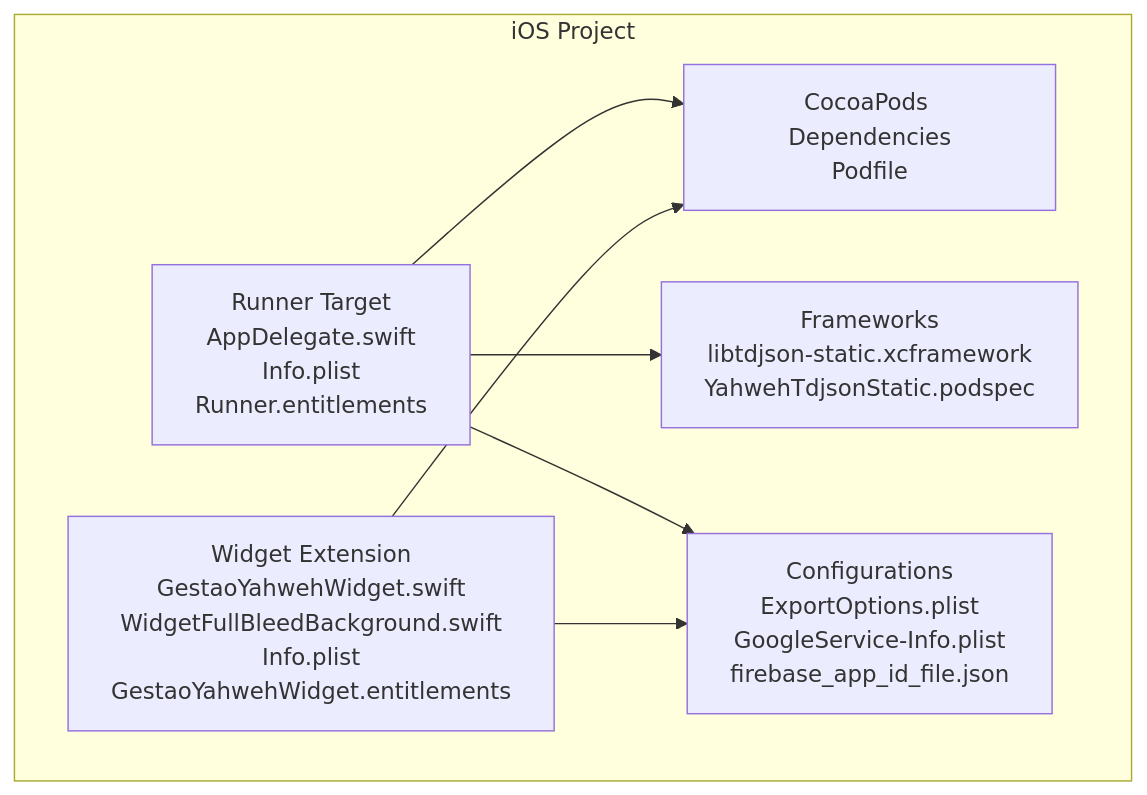
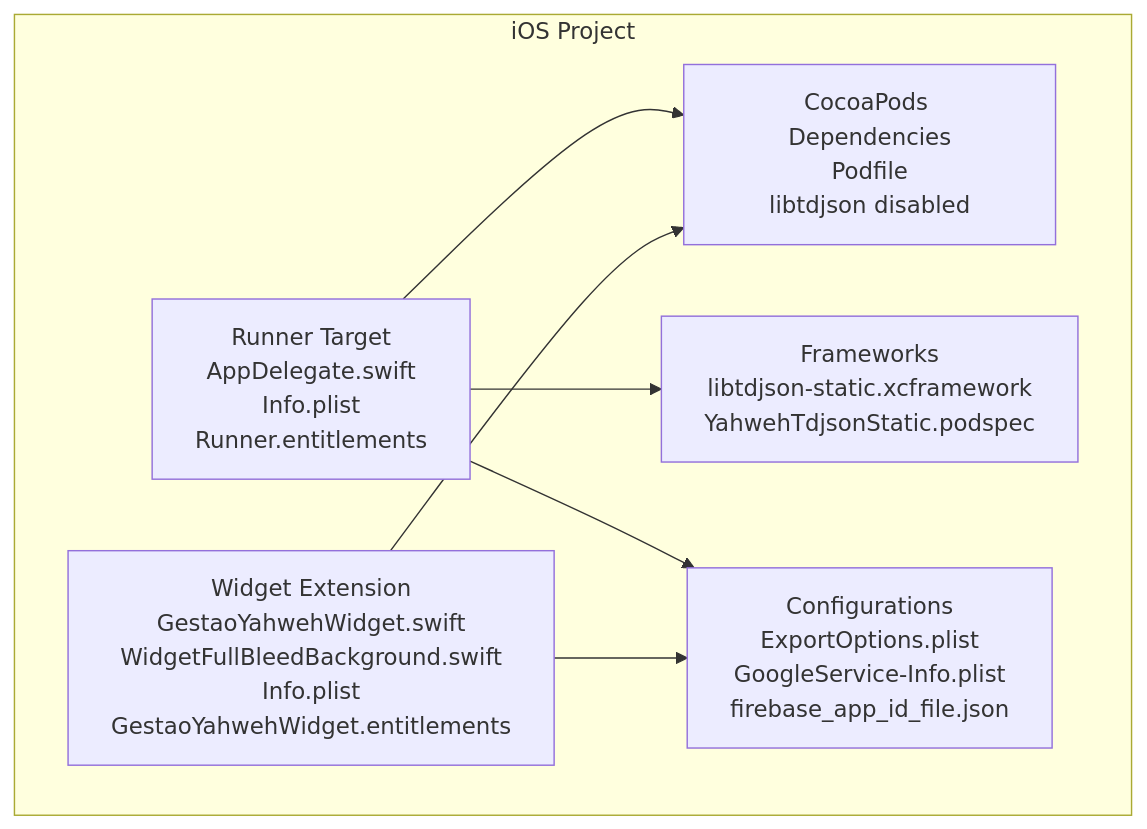
Before and after one commit to raihom-netizen/com.gestaoyahwehios.app: the first of 6 diagrams in .qoder/repowiki/en/content/Mobile Platforms (iOS & Android)/iOS Implementation & Configuration/iOS Implementation & Configuration.md, drawn with Mermaid. The commit also changed other lines of this file and 161 other files, not shown here.

````diff
--- a/.qoder/repowiki/en/content/Mobile Platforms (iOS & Android)/iOS Implementation & Configuration/iOS Implementation & Configuration.md
+++ b/.qoder/repowiki/en/content/Mobile Platforms (iOS & Android)/iOS Implementation & Configuration/iOS Implementation & Configuration.md
@@ -53,15 +63,15 @@
 ```mermaid
 graph TB
 subgraph "iOS Project"
 Runner["Runner Target<br/>AppDelegate.swift<br/>Info.plist<br/>Runner.entitlements"]
 Widget["Widget Extension<br/>GestaoYahwehWidget.swift<br/>WidgetFullBleedBackground.swift<br/>Info.plist<br/>GestaoYahwehWidget.entitlements"]
-Pods["CocoaPods Dependencies<br/>Podfile"]
+Pods["CocoaPods Dependencies<br/>Podfile<br/>libtdjson disabled"]
 Frameworks["Frameworks<br/>libtdjson-static.xcframework<br/>YahwehTdjsonStatic.podspec"]
 Config["Configurations<br/>ExportOptions.plist<br/>GoogleService-Info.plist<br/>firebase_app_id_file.json"]
 end
 Runner --> Pods
 Runner --> Frameworks
 Runner --> Config
 Widget --> Pods
 Widget --> Config
 ```
````
